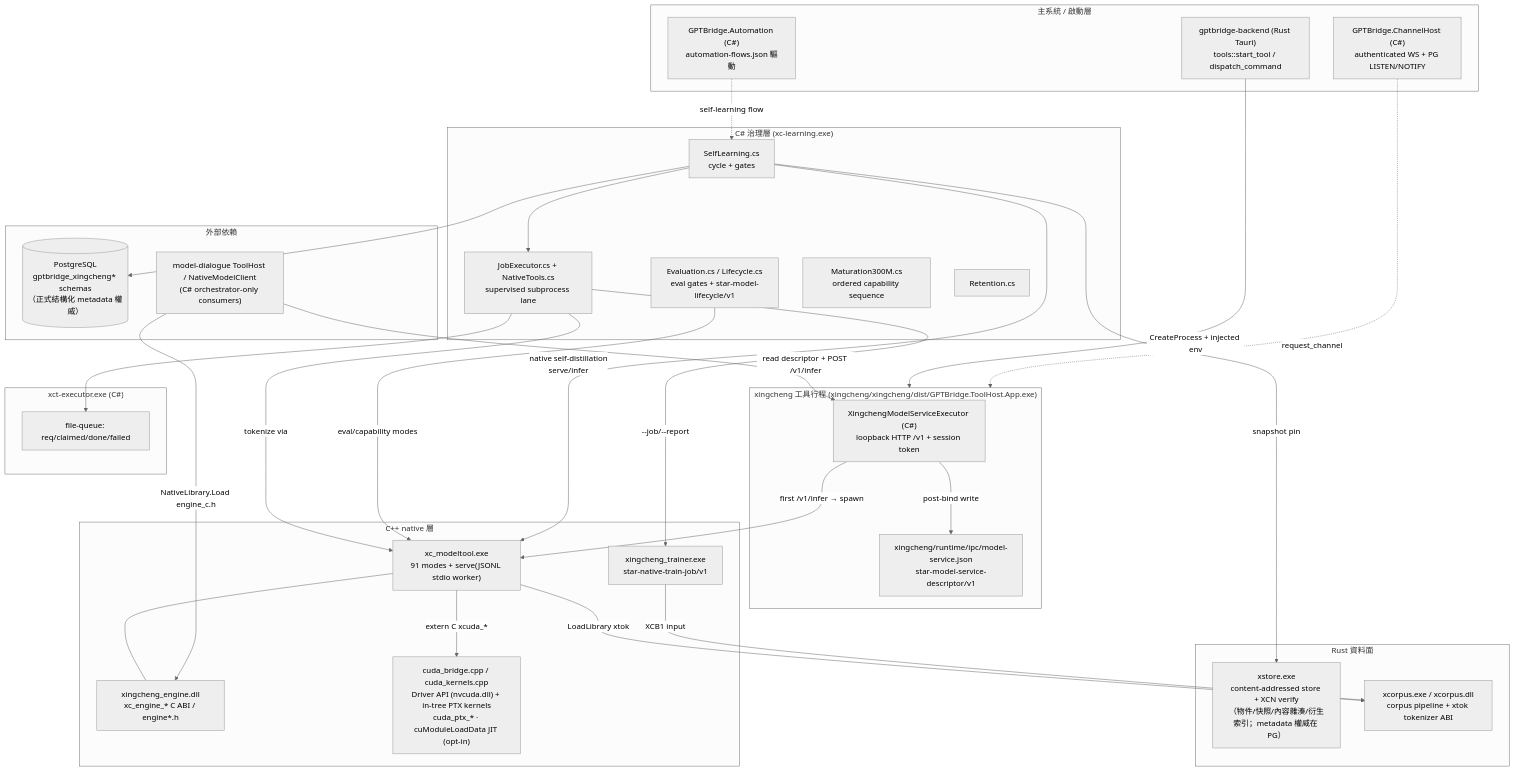
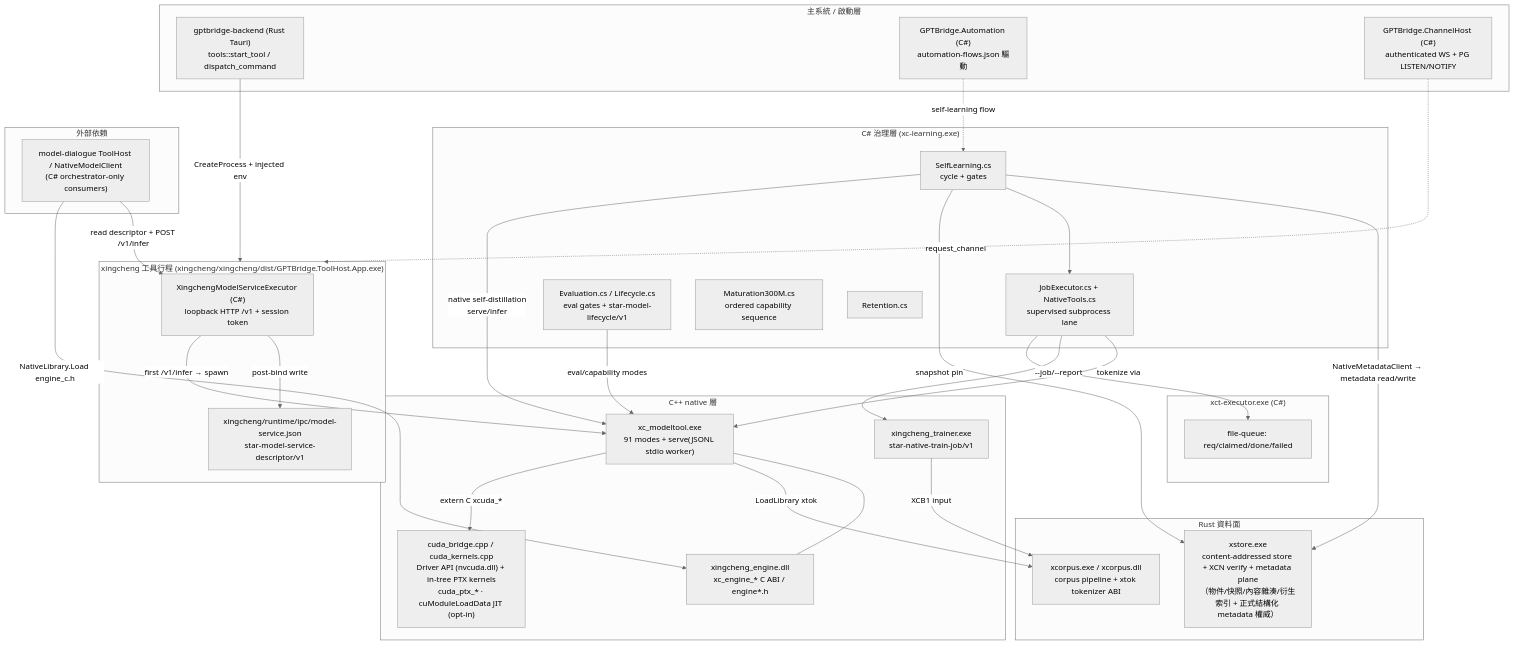
Before and after one commit to guilty442-source/GPTBridge: the diagram in governance_rule/codex/architecture-xingcheng-architecture.md, drawn with Mermaid (neutral theme). The commit also changed other lines of this file and 8 other files, not shown here.

````diff
--- a/governance_rule/codex/architecture-xingcheng-architecture.md
+++ b/governance_rule/codex/architecture-xingcheng-architecture.md
@@ -7,64 +7,63 @@
 ```mermaid
 flowchart TB
     subgraph HOST["主系統 / 啟動層"]
         BE["gptbridge-backend (Rust Tauri)<br/>tools::start_tool / dispatch_command"]
         AUTO["GPTBridge.Automation (C#)<br/>automation-flows.json 驅動"]
         CH["GPTBridge.ChannelHost (C#)<br/>authenticated WS + PG LISTEN/NOTIFY"]
     end
 
     subgraph TOOL["xingcheng 工具行程 (xingcheng/xingcheng/dist/GPTBridge.ToolHost.App.exe)"]
         EXEC["XingchengModelServiceExecutor (C#)<br/>loopback HTTP /v1 + session token"]
         IPC["xingcheng/runtime/ipc/model-service.json<br/>star-model-service-descriptor/v1"]
     end
 
     subgraph NATIVE["C++ native 層"]
         MODELTOOL["xc_modeltool.exe<br/>91 modes + serve(JSONL stdio worker)"]
         ENGINE["xingcheng_engine.dll<br/>xc_engine_* C ABI / engine*.h"]
         TRAINER["xingcheng_trainer.exe<br/>star-native-train-job/v1"]
         CUDA["cuda_bridge.cpp / cuda_kernels.cpp<br/>Driver API (nvcuda.dll) + in-tree PTX kernels<br/>cuda_ptx_* · cuModuleLoadData JIT (opt-in)"]
     end
 
     subgraph RUST["Rust 資料面"]
-        XSTORE["xstore.exe<br/>content-addressed store + XCN verify<br/>（物件/快照/內容雜湊/衍生索引；metadata 權威在 PG）"]
+        XSTORE["xstore.exe<br/>content-addressed store + XCN verify + metadata plane<br/>（物件/快照/內容雜湊/衍生索引 + 正式結構化 metadata 權威）"]
         XCORPUS["xcorpus.exe / xcorpus.dll<br/>corpus pipeline + xtok tokenizer ABI"]
     end
 
     subgraph CSHARP["C# 治理層 (xc-learning.exe)"]
         SL["SelfLearning.cs<br/>cycle + gates"]
         JE["JobExecutor.cs + NativeTools.cs<br/>supervised subprocess lane"]
         EV["Evaluation.cs / Lifecycle.cs<br/>eval gates + star-model-lifecycle/v1"]
         MAT["Maturation300M.cs<br/>ordered capability sequence"]
         RET["Retention.cs"]
     end
 
     subgraph QUEUE["xct-executor.exe (C#)"]
         FQ["file-queue: req/claimed/done/failed"]
     end
 
     subgraph EXT["外部依賴"]
-        PG[("PostgreSQL<br/>gptbridge_xingcheng* schemas<br/>（正式結構化 metadata 權威）")]
         CONSUMERS["model-dialogue ToolHost / NativeModelClient<br/>(C# orchestrator-only consumers)"]
     end
 
     BE -->|CreateProcess + injected env| TOOL
     EXEC -->|post-bind write| IPC
     EXEC -->|first /v1/infer → spawn| MODELTOOL
     MODELTOOL --- ENGINE
     MODELTOOL -->|LoadLibrary xtok| XCORPUS
     MODELTOOL -->|extern C xcuda_*| CUDA
     CONSUMERS -->|read descriptor + POST /v1/infer| EXEC
     CONSUMERS -->|NativeLibrary.Load engine_c.h| ENGINE
 
-    SL --> PG
+    SL -->|NativeMetadataClient → metadata read/write| XSTORE
     SL --> JE
     JE -->|tokenize via| MODELTOOL
     JE -->|--job/--report| TRAINER
     JE --> FQ
     TRAINER -->|XCB1 input| XCORPUS
     SL -->|snapshot pin| XSTORE
     EV -->|eval/capability modes| MODELTOOL
     SL -->|native self-distillation<br/>serve/infer| MODELTOOL
 
     AUTO -.->|self-learning flow| SL
     CH -.->|request_channel| TOOL
 ```
````
